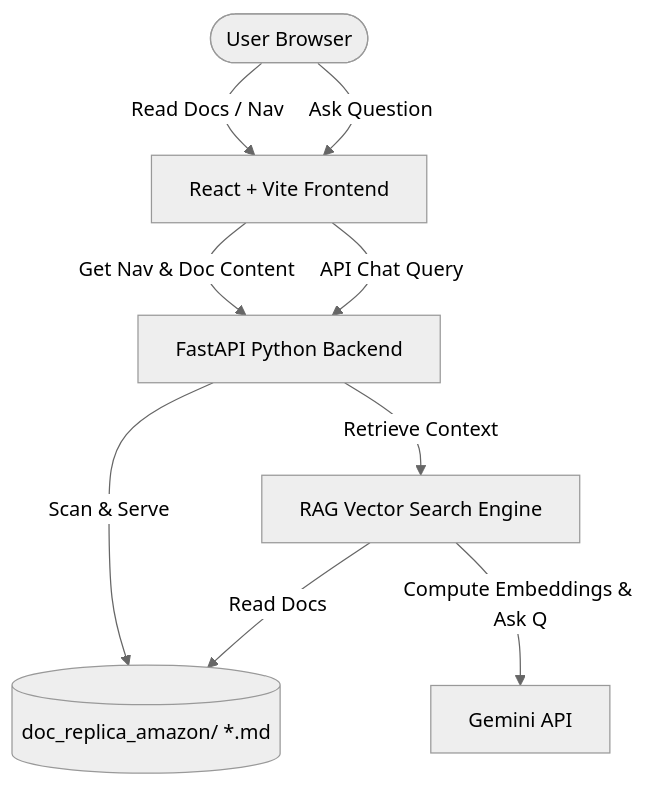
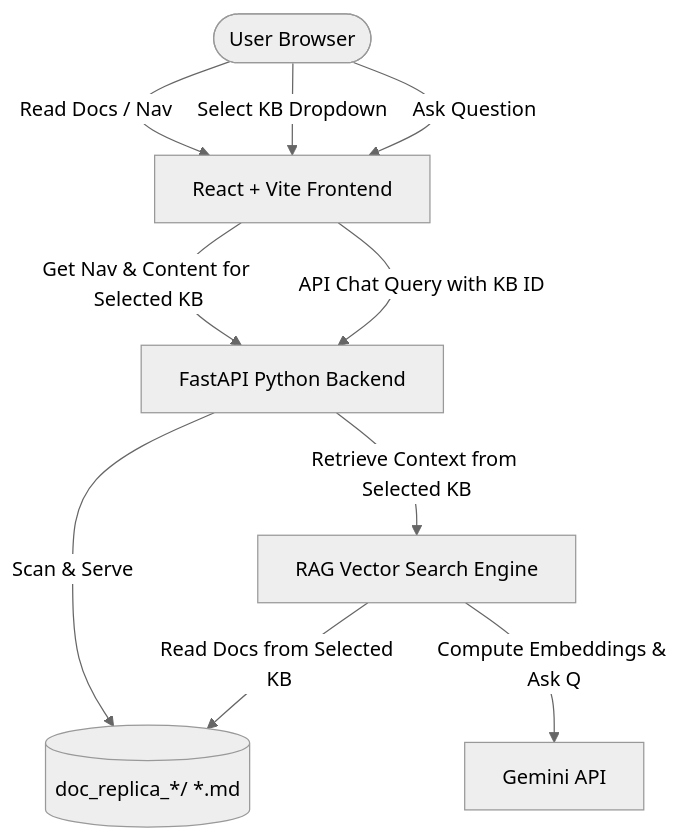
Before and after one commit to DeeptiShuklaProject/AWS_Bedrock: the diagram in implementation_plan.md, drawn with Mermaid (neutral theme). The commit also changed other lines of this file and 1 other file, not shown here.

Commit message:
Implement React + Vite frontend and FastAPI backend for the Multi-KB documentation portal and AI Agent Q&A

````diff
--- a/implementation_plan.md
+++ b/implementation_plan.md
@@ -7,11 +7,12 @@
 ```mermaid
 graph TD
     User([User Browser]) -->|Read Docs / Nav| React[React + Vite Frontend]
+    User -->|Select KB Dropdown| React
     User -->|Ask Question| React
-    React -->|Get Nav & Doc Content| Fast[FastAPI Python Backend]
-    React -->|API Chat Query| Fast
-    Fast -->|Scan & Serve| MD[(doc_replica_amazon/ *.md)]
-    Fast -->|Retrieve Context| RAG[RAG Vector Search Engine]
-    RAG -->|Read Docs| MD
+    React -->|Get Nav & Content for Selected KB| Fast[FastAPI Python Backend]
+    React -->|API Chat Query with KB ID| Fast
+    Fast -->|Scan & Serve| MD[(doc_replica_*/ *.md)]
+    Fast -->|Retrieve Context from Selected KB| RAG[RAG Vector Search Engine]
+    RAG -->|Read Docs from Selected KB| MD
     RAG -->|Compute Embeddings & Ask Q| Gemini[Gemini API]
 ```
````
